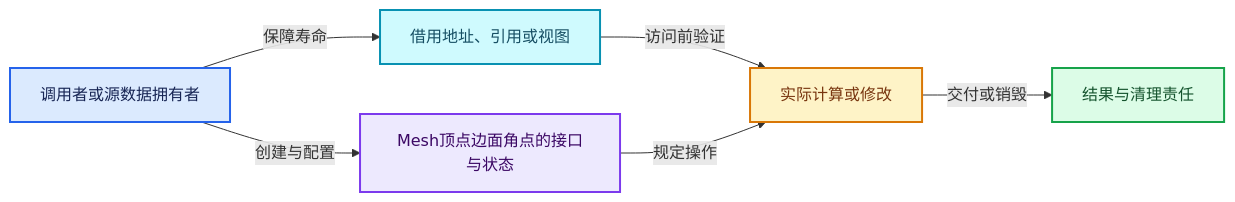
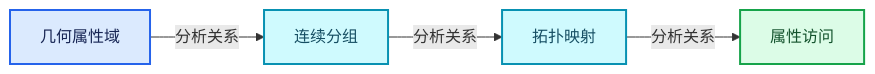
Before and after one commit to yunkezengren/blender-.vscode: the third of 4 diagrams in 杂/markdown/全面学习-codex/05-几何存储与拓扑映射/01-Mesh顶点边面角点.md, drawn with Mermaid. The commit also changed other lines of this file and 1930 other files, not shown here.

````diff
--- a/杂/markdown/全面学习-codex/05-几何存储与拓扑映射/01-Mesh顶点边面角点.md
+++ b/杂/markdown/全面学习-codex/05-几何存储与拓扑映射/01-Mesh顶点边面角点.md
@@ -1114,19 +67,16 @@
 ```mermaid
 flowchart LR
-  O["调用者或源数据拥有者"]:::input
-  V["Mesh顶点边面角点的接口与状态"]:::abstraction
-  B["借用地址、引用或视图"]:::data
-  W["实际计算或修改"]:::compute
-  R["结果与清理责任"]:::result
-  O -->|"创建与配置"| V
-  O -->|"保障寿命"| B
-  B -->|"访问前验证"| W
-  V -->|"规定操作"| W
-  W -->|"交付或销毁"| R
+  P0["几何属性域"]:::input
+  P1["连续分组"]:::data
+  P2["拓扑映射"]:::data
+  P3["属性访问"]:::result
+  P0 -->|"分析关系"| P1
+  P1 -->|"分析关系"| P2
+  P2 -->|"分析关系"| P3
   classDef input fill:#DBEAFE,stroke:#2563EB,color:#172554,stroke-width:2px;
   classDef data fill:#CFFAFE,stroke:#0891B2,color:#164E63,stroke-width:2px;
   classDef abstraction fill:#EDE9FE,stroke:#7C3AED,color:#3B0764,stroke-width:2px;
   classDef compute fill:#FEF3C7,stroke:#D97706,color:#78350F,stroke-width:2px;
   classDef result fill:#DCFCE7,stroke:#16A34A,color:#14532D,stroke-width:2px;
   classDef error fill:#FEE2E2,stroke:#DC2626,color:#7F1D1D,stroke-width:2px;
 ```
````
